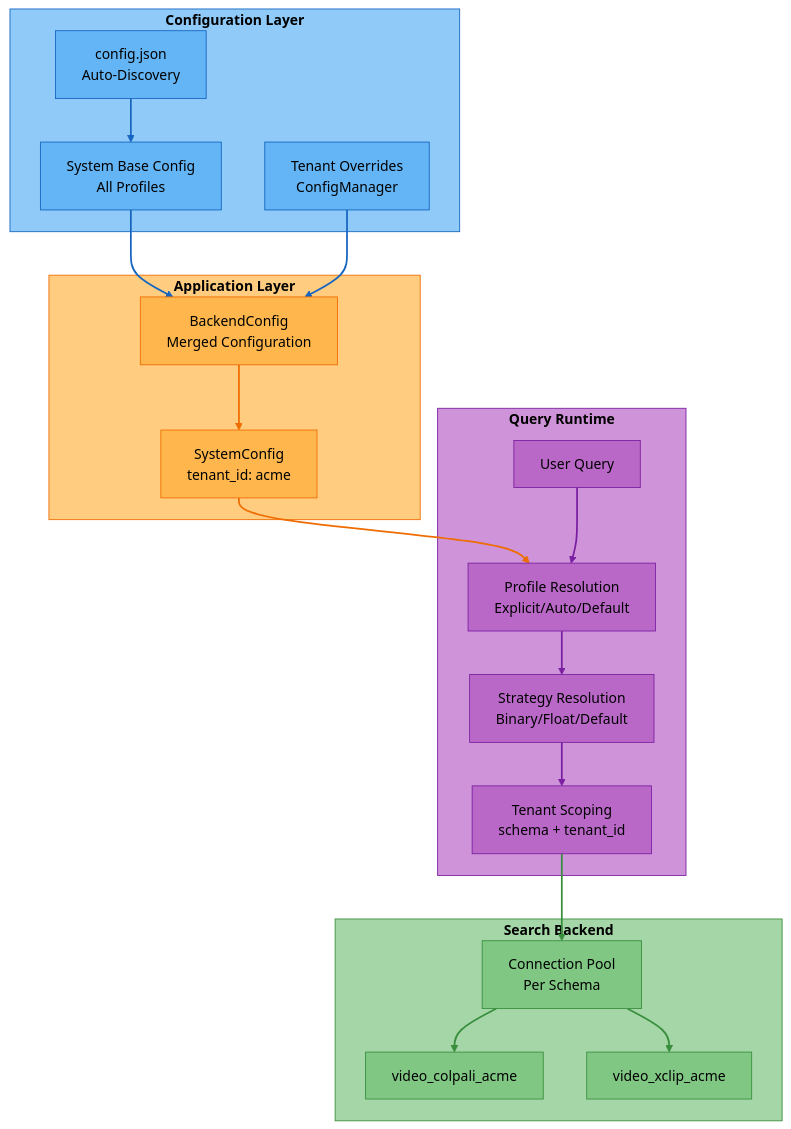
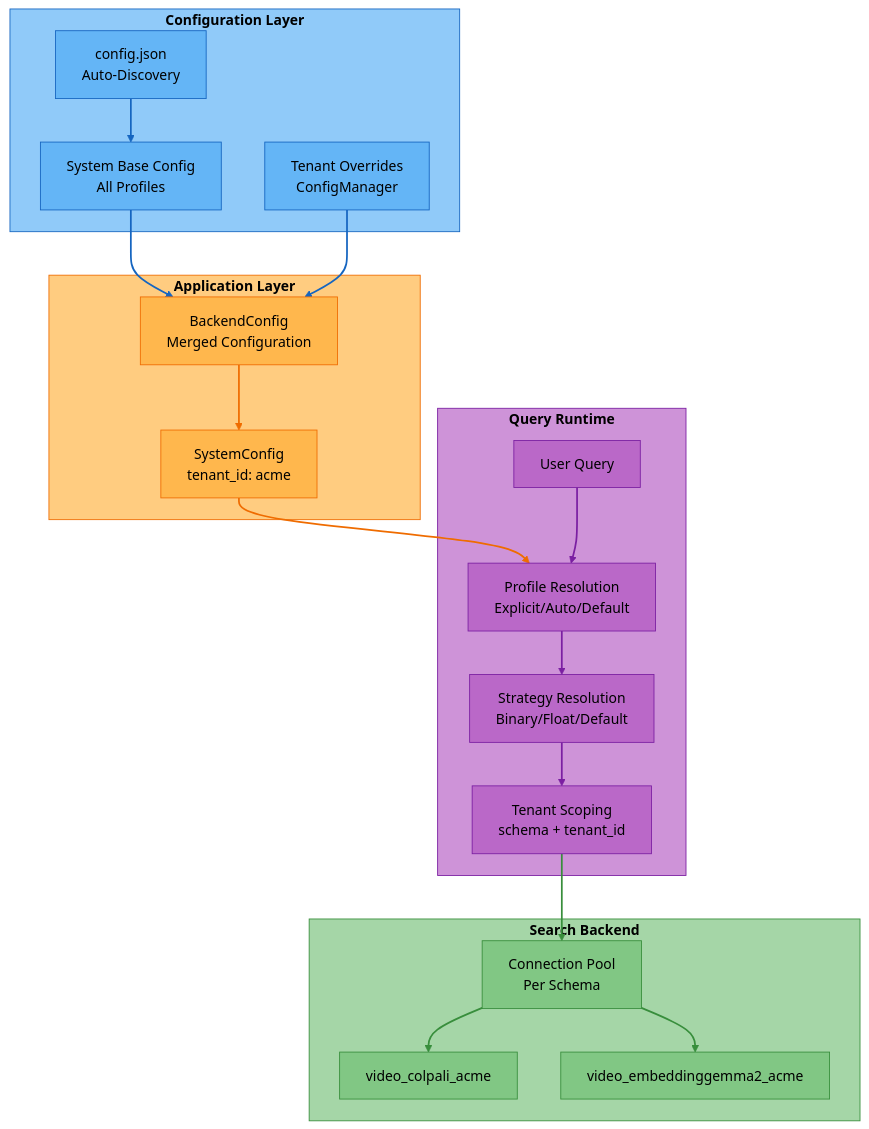
Before and after one commit to amit-jain/cogniverse: the fourth of 6 diagrams in docs/architecture/overview.md, drawn with Mermaid. The commit also changed 161 other files, not shown here.

````diff
--- a/docs/architecture/overview.md
+++ b/docs/architecture/overview.md
@@ -430,66 +430,66 @@
 ```mermaid
 flowchart TB
     subgraph Config["<span style='color:#000'><b>Configuration Layer</b></span>"]
         ConfigFile["<span style='color:#000'>config.json<br/>Auto-Discovery</span>"]
         SystemBase["<span style='color:#000'>System Base Config<br/>All Profiles</span>"]
         TenantOverride["<span style='color:#000'>Tenant Overrides<br/>ConfigManager</span>"]
     end
 
     subgraph Application["<span style='color:#000'><b>Application Layer</b></span>"]
         SystemConfig["<span style='color:#000'>SystemConfig<br/>tenant_id: acme</span>"]
         BackendConfigNode["<span style='color:#000'>BackendConfig<br/>Merged Configuration</span>"]
     end
 
     subgraph Runtime["<span style='color:#000'><b>Query Runtime</b></span>"]
         Query["<span style='color:#000'>User Query</span>"]
         ProfileResolution["<span style='color:#000'>Profile Resolution<br/>Explicit/Auto/Default</span>"]
         StrategyResolution["<span style='color:#000'>Strategy Resolution<br/>Binary/Float/Default</span>"]
         TenantScoping["<span style='color:#000'>Tenant Scoping<br/>schema + tenant_id</span>"]
     end
 
     subgraph Backend["<span style='color:#000'><b>Search Backend</b></span>"]
         ConnectionPool["<span style='color:#000'>Connection Pool<br/>Per Schema</span>"]
         Schema1["<span style='color:#000'>video_colpali_acme</span>"]
-        Schema2["<span style='color:#000'>video_xclip_acme</span>"]
+        Schema2["<span style='color:#000'>video_embeddinggemma2_acme</span>"]
     end
 
     ConfigFile --> SystemBase
     SystemBase --> BackendConfigNode
     TenantOverride --> BackendConfigNode
     BackendConfigNode --> SystemConfig
     SystemConfig --> ProfileResolution
 
     Query --> ProfileResolution
     ProfileResolution --> StrategyResolution
     StrategyResolution --> TenantScoping
 
     TenantScoping --> ConnectionPool
     ConnectionPool --> Schema1
     ConnectionPool --> Schema2
 
     style Config fill:#90caf9,stroke:#1565c0,color:#000
     style Application fill:#ffcc80,stroke:#ef6c00,color:#000
     style Runtime fill:#ce93d8,stroke:#7b1fa2,color:#000
     style Backend fill:#a5d6a7,stroke:#388e3c,color:#000
 
     style ConfigFile fill:#64b5f6,stroke:#1565c0,color:#000
     style SystemBase fill:#64b5f6,stroke:#1565c0,color:#000
     style TenantOverride fill:#64b5f6,stroke:#1565c0,color:#000
 
     style SystemConfig fill:#ffb74d,stroke:#ef6c00,color:#000
     style BackendConfigNode fill:#ffb74d,stroke:#ef6c00,color:#000
 
     style Query fill:#ba68c8,stroke:#7b1fa2,color:#000
     style ProfileResolution fill:#ba68c8,stroke:#7b1fa2,color:#000
     style StrategyResolution fill:#ba68c8,stroke:#7b1fa2,color:#000
     style TenantScoping fill:#ba68c8,stroke:#7b1fa2,color:#000
 
     style ConnectionPool fill:#81c784,stroke:#388e3c,color:#000
     style Schema1 fill:#81c784,stroke:#388e3c,color:#000
     style Schema2 fill:#81c784,stroke:#388e3c,color:#000
 
     linkStyle 0,1,2 stroke:#1565c0,stroke-width:2px
     linkStyle 3,4 stroke:#ef6c00,stroke-width:2px
     linkStyle 5,6,7 stroke:#7b1fa2,stroke-width:2px
     linkStyle 8,9,10 stroke:#388e3c,stroke-width:2px
 ```
````
